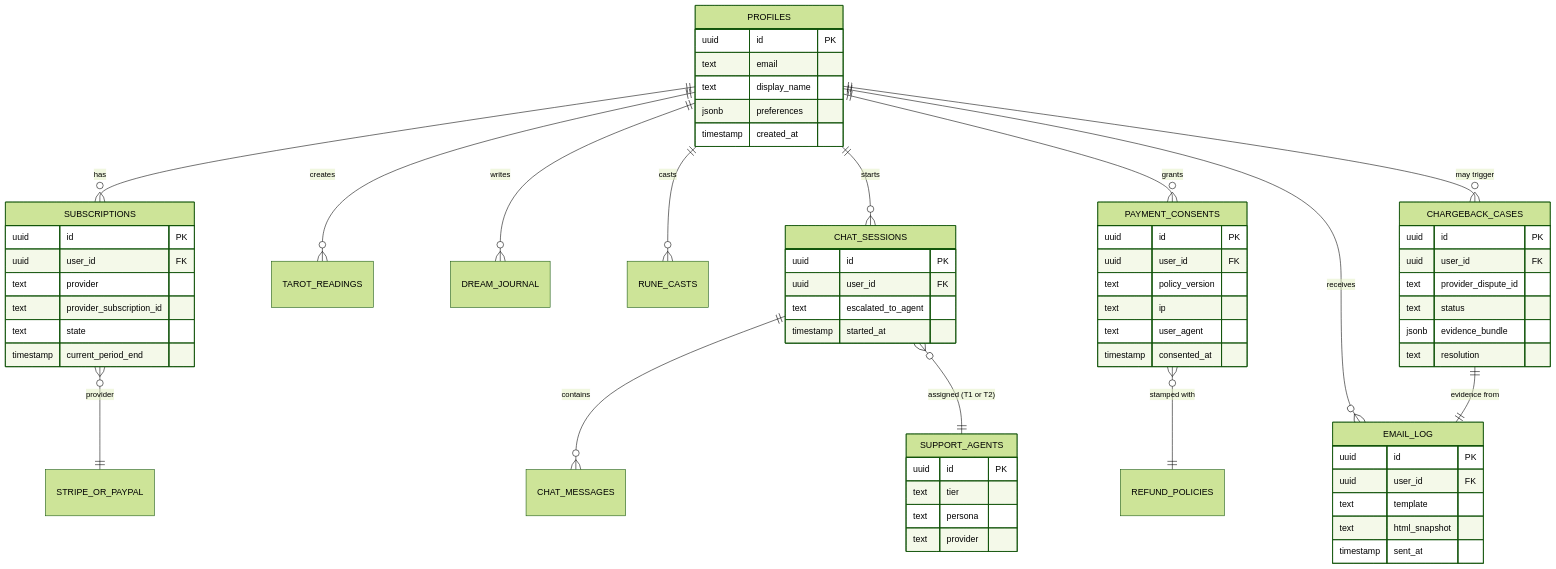
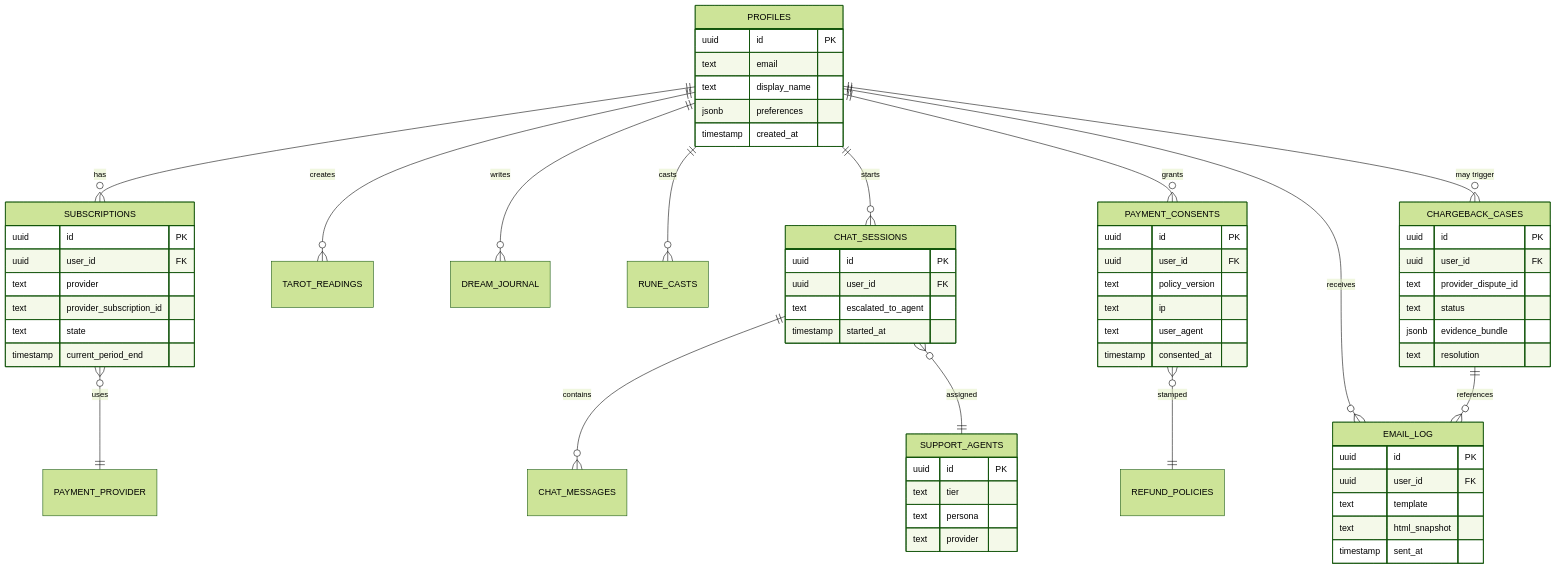
One commit to omkarjaliparthi/insights-by-omkar-case-study changed the second of 2 diagrams in docs/02-architecture.md. Above: the diagram before and after it, drawn with Mermaid (forest theme). The commit also changed other lines of this file and 5 other files, not shown here.

Commit message:
fix: simplify mermaid syntax for GitHub renderer compatibility — remove 8-digit hex, subgraph labels, parens in gantt names

````diff
--- a/docs/02-architecture.md
+++ b/docs/02-architecture.md
@@ -96,69 +70,69 @@
 ```mermaid
 erDiagram
     PROFILES ||--o{ SUBSCRIPTIONS : has
     PROFILES ||--o{ TAROT_READINGS : creates
     PROFILES ||--o{ DREAM_JOURNAL : writes
     PROFILES ||--o{ RUNE_CASTS : casts
     PROFILES ||--o{ CHAT_SESSIONS : starts
     PROFILES ||--o{ PAYMENT_CONSENTS : grants
     PROFILES ||--o{ CHARGEBACK_CASES : "may trigger"
     PROFILES ||--o{ EMAIL_LOG : receives
 
     CHAT_SESSIONS ||--o{ CHAT_MESSAGES : contains
-    CHAT_SESSIONS }o--|| SUPPORT_AGENTS : "assigned (T1 or T2)"
+    CHAT_SESSIONS }o--|| SUPPORT_AGENTS : assigned
 
-    SUBSCRIPTIONS }o--|| STRIPE_OR_PAYPAL : "provider"
-    PAYMENT_CONSENTS }o--|| REFUND_POLICIES : "stamped with"
-    CHARGEBACK_CASES ||--|| EMAIL_LOG : "evidence from"
+    SUBSCRIPTIONS }o--|| PAYMENT_PROVIDER : uses
+    PAYMENT_CONSENTS }o--|| REFUND_POLICIES : stamped
+    CHARGEBACK_CASES ||--o{ EMAIL_LOG : references
 
     PROFILES {
         uuid id PK
         text email
         text display_name
         jsonb preferences
         timestamp created_at
     }
     SUBSCRIPTIONS {
         uuid id PK
         uuid user_id FK
         text provider
         text provider_subscription_id
         text state
         timestamp current_period_end
     }
     PAYMENT_CONSENTS {
         uuid id PK
         uuid user_id FK
         text policy_version
         text ip
         text user_agent
         timestamp consented_at
     }
     CHARGEBACK_CASES {
         uuid id PK
         uuid user_id FK
         text provider_dispute_id
         text status
         jsonb evidence_bundle
         text resolution
     }
     EMAIL_LOG {
         uuid id PK
         uuid user_id FK
         text template
         text html_snapshot
         timestamp sent_at
     }
     CHAT_SESSIONS {
         uuid id PK
         uuid user_id FK
         text escalated_to_agent
         timestamp started_at
     }
     SUPPORT_AGENTS {
         uuid id PK
         text tier
         text persona
         text provider
     }
 ```
````
